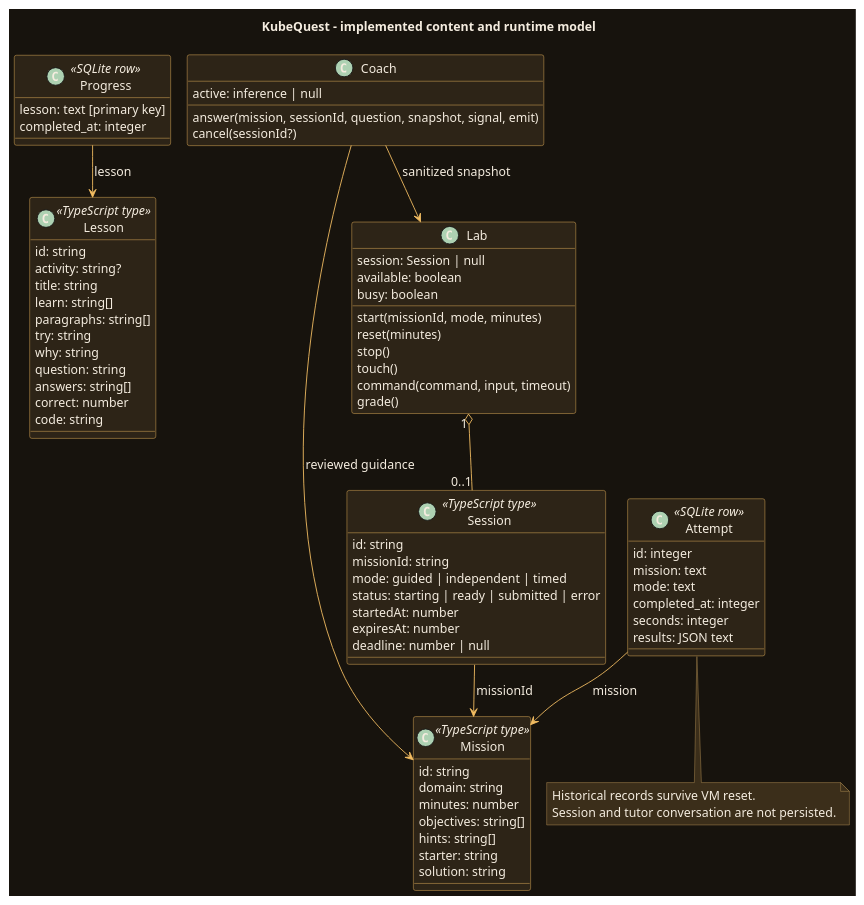
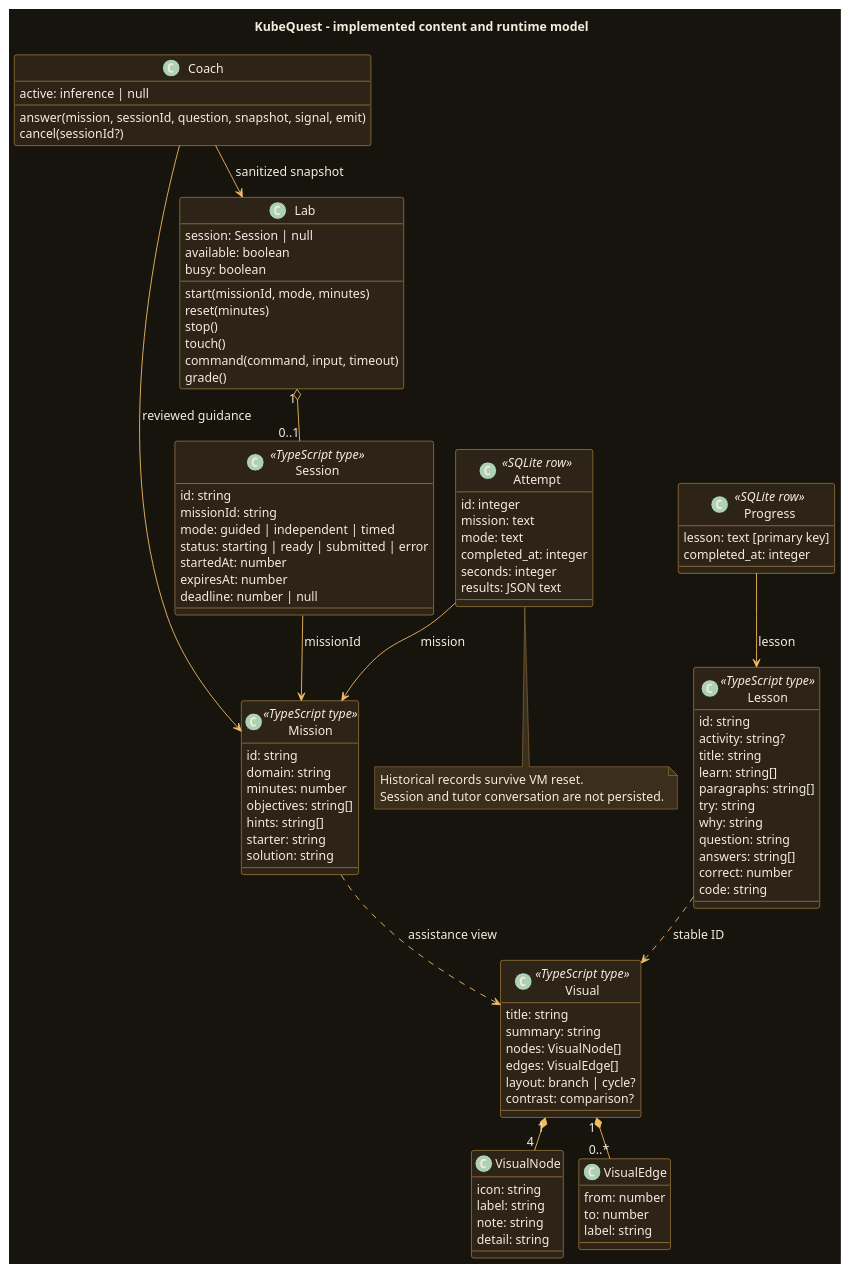
The diagram in diagrams/class.puml (ramideltoro/kubequest-wiki), drawn with PlantUML before and after one commit. The commit also changed 12 other files, not shown here.

Commit message:
Document the visual learning library and release diagram inventory

```diff
--- a/diagrams/class.puml
+++ b/diagrams/class.puml
@@ -1,141 +1,164 @@
 @startuml
 !pragma layout smetana
 skinparam backgroundColor #17130D
 skinparam defaultFontName SansSerif
 skinparam defaultFontSize 14
 skinparam defaultFontColor #F4ECDF
 skinparam shadowing false
 skinparam ArrowColor #F3BD62
 skinparam LineColor #F3BD62
 skinparam BorderColor #F3BD62
 skinparam defaultBackgroundColor #2D2417
 skinparam classBackgroundColor #2D2417
 skinparam classBorderColor #F3BD62
 skinparam classFontColor #F4ECDF
 skinparam componentBackgroundColor #2D2417
 skinparam componentBorderColor #F3BD62
 skinparam componentFontColor #F4ECDF
 skinparam nodeBackgroundColor #2D2417
 skinparam nodeBorderColor #F3BD62
 skinparam nodeFontColor #F4ECDF
 skinparam packageBackgroundColor #2D2417
 skinparam packageBorderColor #F3BD62
 skinparam packageFontColor #F4ECDF
 skinparam rectangleBackgroundColor #2D2417
 skinparam rectangleBorderColor #F3BD62
 skinparam rectangleFontColor #F4ECDF
 skinparam databaseBackgroundColor #2D2417
 skinparam databaseBorderColor #F3BD62
 skinparam databaseFontColor #F4ECDF
 skinparam cloudBackgroundColor #2D2417
 skinparam cloudBorderColor #F3BD62
 skinparam cloudFontColor #F4ECDF
 skinparam artifactBackgroundColor #2D2417
 skinparam artifactBorderColor #F3BD62
 skinparam artifactFontColor #F4ECDF
 skinparam objectBackgroundColor #2D2417
 skinparam objectBorderColor #F3BD62
 skinparam objectFontColor #F4ECDF
 skinparam stateBackgroundColor #2D2417
 skinparam stateBorderColor #F3BD62
 skinparam stateFontColor #F4ECDF
 skinparam activityBackgroundColor #2D2417
 skinparam activityBorderColor #F3BD62
 skinparam activityFontColor #F4ECDF
 skinparam actorBackgroundColor #2D2417
 skinparam actorBorderColor #F3BD62
 skinparam actorFontColor #F4ECDF
 skinparam usecaseBackgroundColor #2D2417
 skinparam usecaseBorderColor #F3BD62
 skinparam usecaseFontColor #F4ECDF
 skinparam interfaceBackgroundColor #2D2417
 skinparam interfaceBorderColor #F3BD62
 skinparam interfaceFontColor #F4ECDF
 skinparam participantBackgroundColor #2D2417
 skinparam participantBorderColor #F3BD62
 skinparam participantFontColor #F4ECDF
 skinparam classAttributeIconSize 0
 skinparam NoteBackgroundColor #3B2E1A
 skinparam NoteBorderColor #BB9658
 skinparam NoteFontColor #F4ECDF
 skinparam sequenceLifeLineBorderColor #BB9658
 skinparam sequenceLifeLineBackgroundColor #221C13
 skinparam sequenceGroupBackgroundColor #221C13
 skinparam sequenceGroupHeaderFontColor #F4ECDF
 skinparam sequenceGroupBodyBackgroundColor #221C13
 skinparam sequenceDividerBackgroundColor #2D2417
 skinparam sequenceDividerFontColor #F4ECDF
 skinparam activityDiamondBackgroundColor #3B2E1A
 skinparam activityStartColor #F3BD62
 skinparam activityEndColor #F3BD62
 title KubeQuest - implemented content and runtime model
 class Lesson <<TypeScript type>> {
  id: string
  activity: string?
  title: string
  learn: string[]
  paragraphs: string[]
  try: string
  why: string
  question: string
  answers: string[]
  correct: number
  code: string
 }
 class Mission <<TypeScript type>> {
  id: string
  domain: string
  minutes: number
  objectives: string[]
  hints: string[]
  starter: string
  solution: string
 }
+class Visual <<TypeScript type>> {
+ title: string
+ summary: string
+ nodes: VisualNode[]
+ edges: VisualEdge[]
+ layout: branch | cycle?
+ contrast: comparison?
+}
+class VisualNode {
+ icon: string
+ label: string
+ note: string
+ detail: string
+}
+class VisualEdge {
+ from: number
+ to: number
+ label: string
+}
+Visual "1" *-- "4" VisualNode
+Visual "1" *-- "0..*" VisualEdge
+Lesson ..> Visual : stable ID
+Mission ..> Visual : assistance view
 class Session <<TypeScript type>> {
  id: string
  missionId: string
  mode: guided | independent | timed
  status: starting | ready | submitted | error
  startedAt: number
  expiresAt: number
  deadline: number | null
 }
 class Lab {
  session: Session | null
  available: boolean
  busy: boolean
  start(missionId, mode, minutes)
  reset(minutes)
  stop()
  touch()
  command(command, input, timeout)
  grade()
 }
 class Attempt <<SQLite row>> {
  id: integer
  mission: text
  mode: text
  completed_at: integer
  seconds: integer
  results: JSON text
 }
 class Progress <<SQLite row>> {
  lesson: text [primary key]
  completed_at: integer
 }
 class Coach {
  active: inference | null
  answer(mission, sessionId, question, snapshot, signal, emit)
  cancel(sessionId?)
 }
 Coach --> Mission : reviewed guidance
 Coach --> Lab : sanitized snapshot
 Lab "1" o-- "0..1" Session
 Session --> Mission : missionId
 Attempt --> Mission : mission
 Progress --> Lesson : lesson
 note bottom of Attempt
 Historical records survive VM reset.
 Session and tutor conversation are not persisted.
 end note
 @enduml
```
